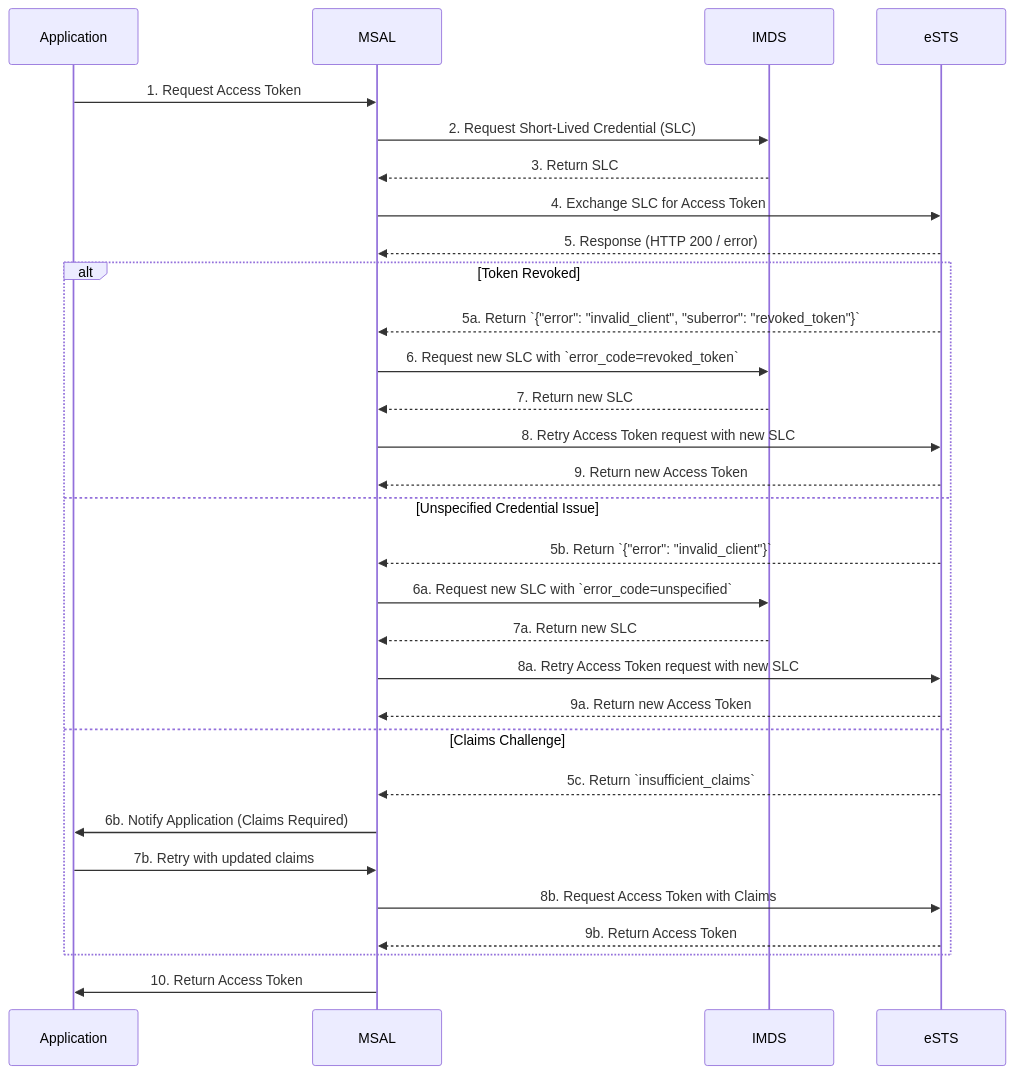
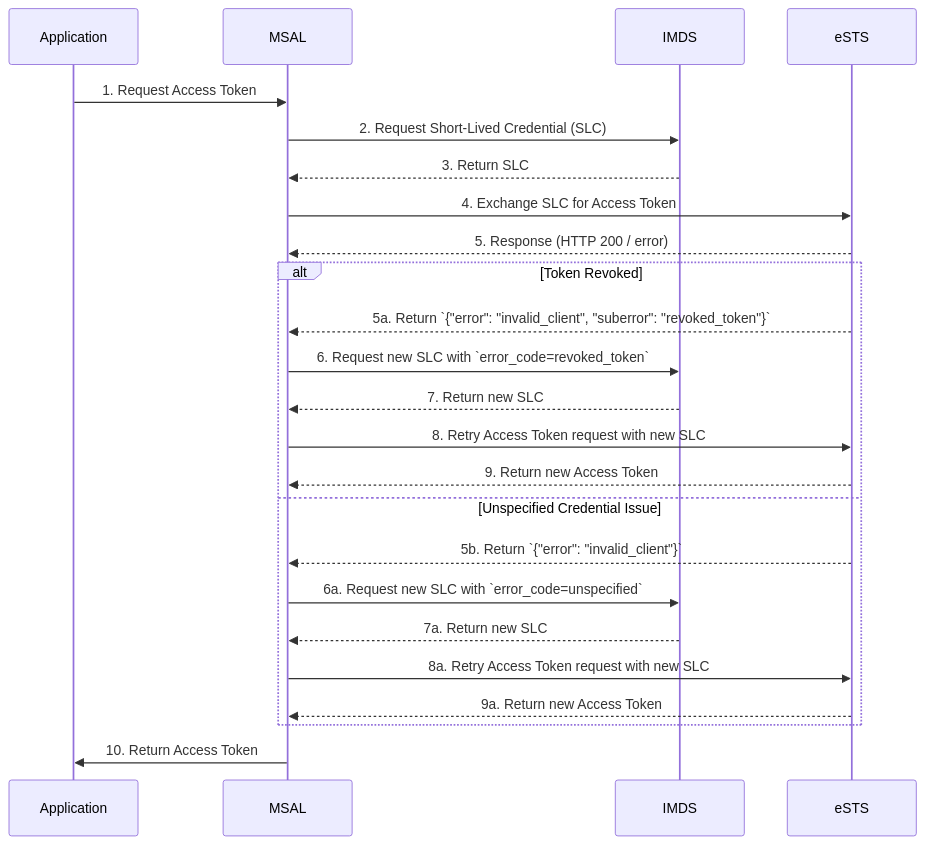
One commit to AzureAD/microsoft-authentication-library-for-dotnet changed the first of 2 diagrams in docs/msi_v2/slc_revocation_spec.md. Above: the diagram before and after it, drawn with Mermaid. The commit also changed other lines of this file, not shown here.

Commit message:
Add mermaid sequence diagram for SLC revocation

````diff
--- a/docs/msi_v2/slc_revocation_spec.md
+++ b/docs/msi_v2/slc_revocation_spec.md
@@ -9,35 +9,29 @@
 ```mermaid
 sequenceDiagram
     participant Application
     participant MSAL
     participant IMDS
     participant eSTS
 
     Application ->> MSAL: 1. Request Access Token
     MSAL ->> IMDS: 2. Request Short-Lived Credential (SLC)
     IMDS -->> MSAL: 3. Return SLC
     MSAL ->> eSTS: 4. Exchange SLC for Access Token
     eSTS -->> MSAL: 5. Response (HTTP 200 / error)
 
     alt Token Revoked
         eSTS -->> MSAL: 5a. Return `{"error": "invalid_client", "suberror": "revoked_token"}`
         MSAL ->> IMDS: 6. Request new SLC with `error_code=revoked_token`
         IMDS -->> MSAL: 7. Return new SLC
         MSAL ->> eSTS: 8. Retry Access Token request with new SLC
         eSTS -->> MSAL: 9. Return new Access Token
     else Unspecified Credential Issue
         eSTS -->> MSAL: 5b. Return `{"error": "invalid_client"}`
         MSAL ->> IMDS: 6a. Request new SLC with `error_code=unspecified`
         IMDS -->> MSAL: 7a. Return new SLC
         MSAL ->> eSTS: 8a. Retry Access Token request with new SLC
         eSTS -->> MSAL: 9a. Return new Access Token
-    else Claims Challenge
-        eSTS -->> MSAL: 5c. Return `insufficient_claims`
-        MSAL ->> Application: 6b. Notify Application (Claims Required)
-        Application ->> MSAL: 7b. Retry with updated claims
-        MSAL ->> eSTS: 8b. Request Access Token with Claims
-        eSTS -->> MSAL: 9b. Return Access Token
     end
 
     MSAL ->> Application: 10. Return Access Token
 ```
````
